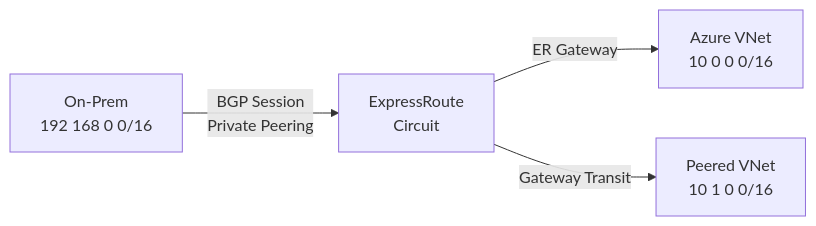
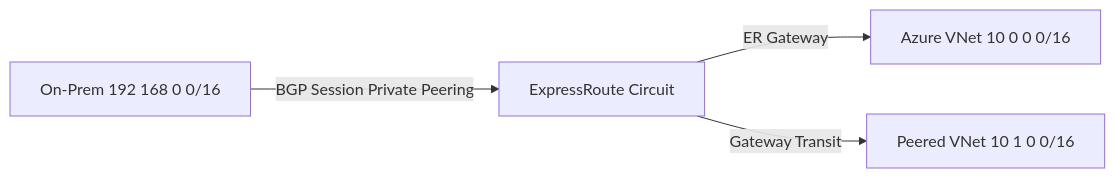
The sixth of 13 diagrams in Microsoft 365/Azure/Netzwerk/Azure ExpressRoute.md (SoniiiT/notes-n-docs), drawn with Mermaid before and after one commit. The commit also changed other lines of this file and 124 other files, not shown here.

First line of the commit message:
fix: Entferne \n aus allen Mermaid-Diagrammen (125 Dateien)

````diff
--- a/Microsoft 365/Azure/Netzwerk/Azure ExpressRoute.md
+++ b/Microsoft 365/Azure/Netzwerk/Azure ExpressRoute.md
@@ -119,6 +119,6 @@
 ```mermaid
 graph LR
-    ONPREM[On-Prem\n192 168 0 0/16] -->|BGP Session\nPrivate Peering| ER[ExpressRoute\nCircuit]
-    ER -->|ER Gateway| VNET[Azure VNet\n10 0 0 0/16]
-    ER -->|Gateway Transit| VNET2[Peered VNet\n10 1 0 0/16]
+    ONPREM[On-Prem 192 168 0 0/16] -->|BGP Session Private Peering| ER[ExpressRoute Circuit]
+    ER -->|ER Gateway| VNET[Azure VNet 10 0 0 0/16]
+    ER -->|Gateway Transit| VNET2[Peered VNet 10 1 0 0/16]
 ```
````
